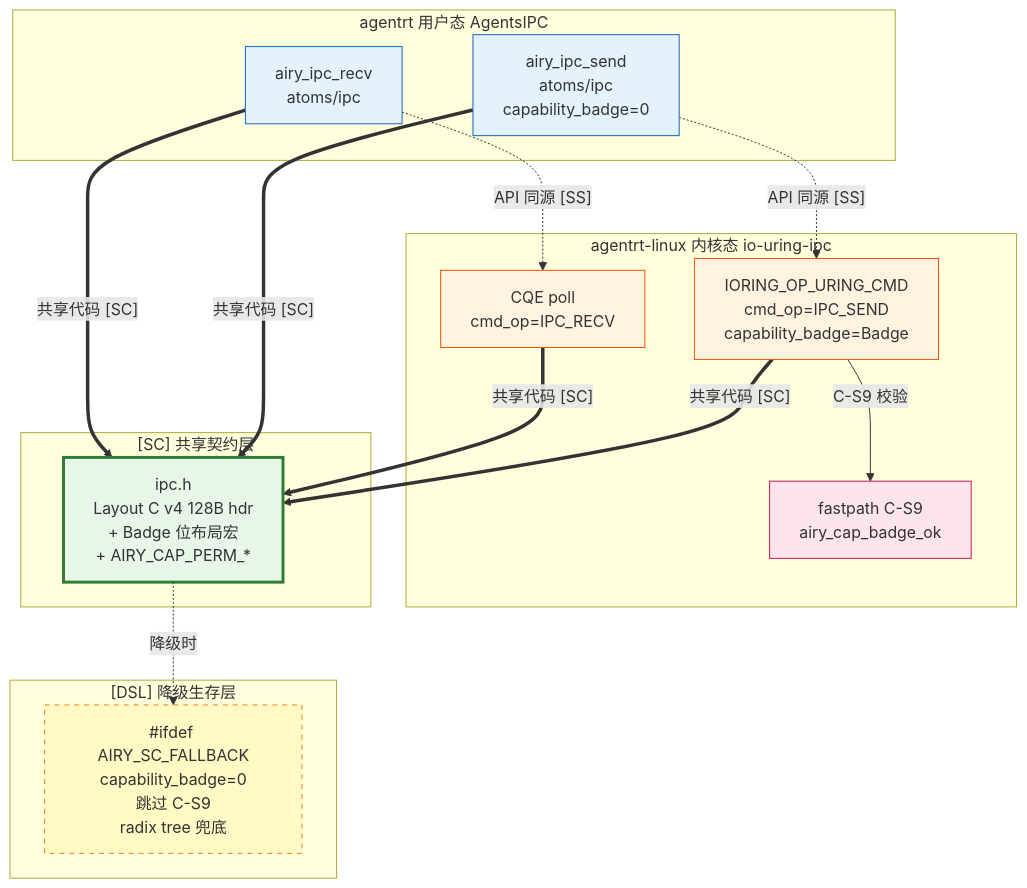
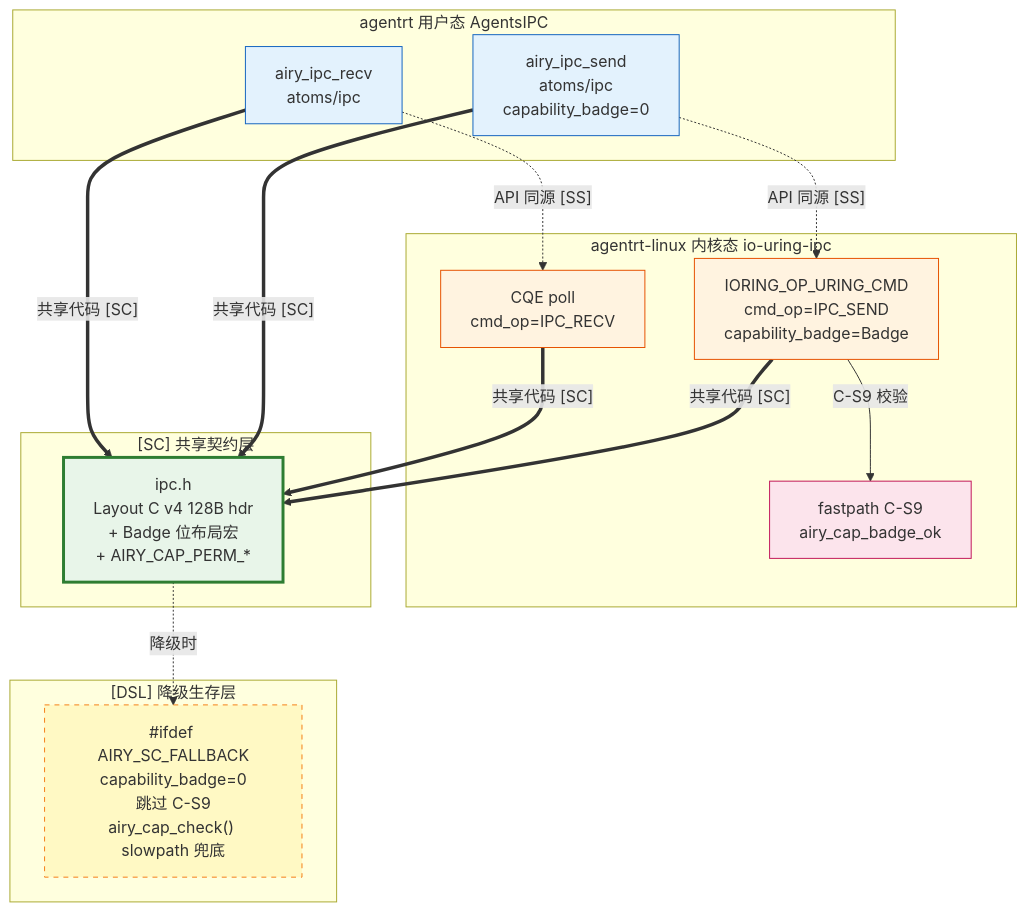
Before and after one commit to openairymax/docs: the diagram in AirymaxOS/30-interfaces/02-ipc-protocol.md, drawn with Mermaid. The commit also changed other lines of this file and 29 other files, not shown here.

````diff
--- a/AirymaxOS/30-interfaces/02-ipc-protocol.md
+++ b/AirymaxOS/30-interfaces/02-ipc-protocol.md
@@ -736,38 +736,38 @@
 ```mermaid
 graph TB
     subgraph "agentrt 用户态 AgentsIPC"
         RT_SEND[airy_ipc_send<br/>atoms/ipc<br/>capability_badge=0]
         RT_RECV[airy_ipc_recv<br/>atoms/ipc]
     end
 
     subgraph "agentrt-linux 内核态 io-uring-ipc"
         OS_SQE[IORING_OP_URING_CMD<br/>cmd_op=IPC_SEND<br/>capability_badge=Badge]
         OS_CQE[CQE poll<br/>cmd_op=IPC_RECV]
         OS_CSFastpath[fastpath C-S9<br/>airy_cap_badge_ok]
     end
 
     subgraph "[SC] 共享契约层"
         SC[ipc.h<br/>Layout C v4 128B hdr<br/>+ Badge 位布局宏<br/>+ AIRY_CAP_PERM_*]
     end
 
     subgraph "[DSL] 降级生存层"
-        DSL["#ifdef AIRY_SC_FALLBACK<br/>capability_badge=0<br/>跳过 C-S9<br/>radix tree 兜底"]
+        DSL["#ifdef AIRY_SC_FALLBACK<br/>capability_badge=0<br/>跳过 C-S9<br/>airy_cap_check() slowpath 兜底"]
     end
 
     RT_SEND -.->|"API 同源 [SS]"| OS_SQE
     RT_RECV -.->|"API 同源 [SS]"| OS_CQE
     RT_SEND ==>|"共享代码 [SC]"| SC
     RT_RECV ==>|"共享代码 [SC]"| SC
     OS_SQE ==>|"共享代码 [SC]"| SC
     OS_CQE ==>|"共享代码 [SC]"| SC
     OS_SQE -->|"C-S9 校验"| OS_CSFastpath
     SC -.->|"降级时"| DSL
 
     style SC fill:#e8f5e9,stroke:#2e7d32,stroke-width:3px
     style RT_SEND fill:#e3f2fd,stroke:#1565c0
     style RT_RECV fill:#e3f2fd,stroke:#1565c0
     style OS_SQE fill:#fff3e0,stroke:#e65100
     style OS_CQE fill:#fff3e0,stroke:#e65100
     style OS_CSFastpath fill:#fce4ec,stroke:#c2185b
     style DSL fill:#fff9c4,stroke:#f57f17,stroke-dasharray: 5 5
 ```
````
